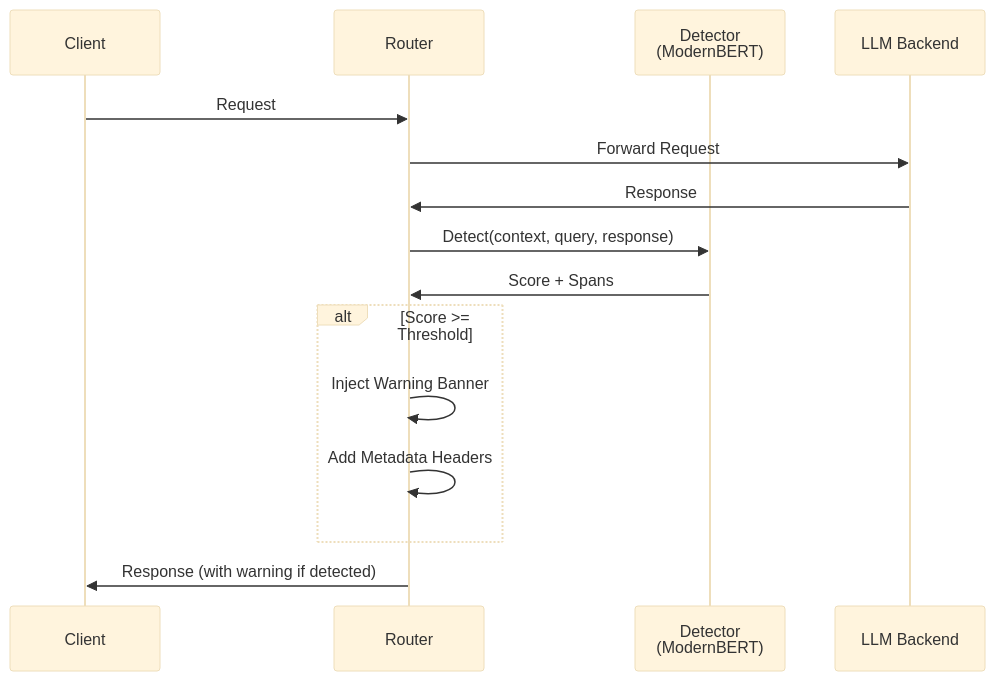
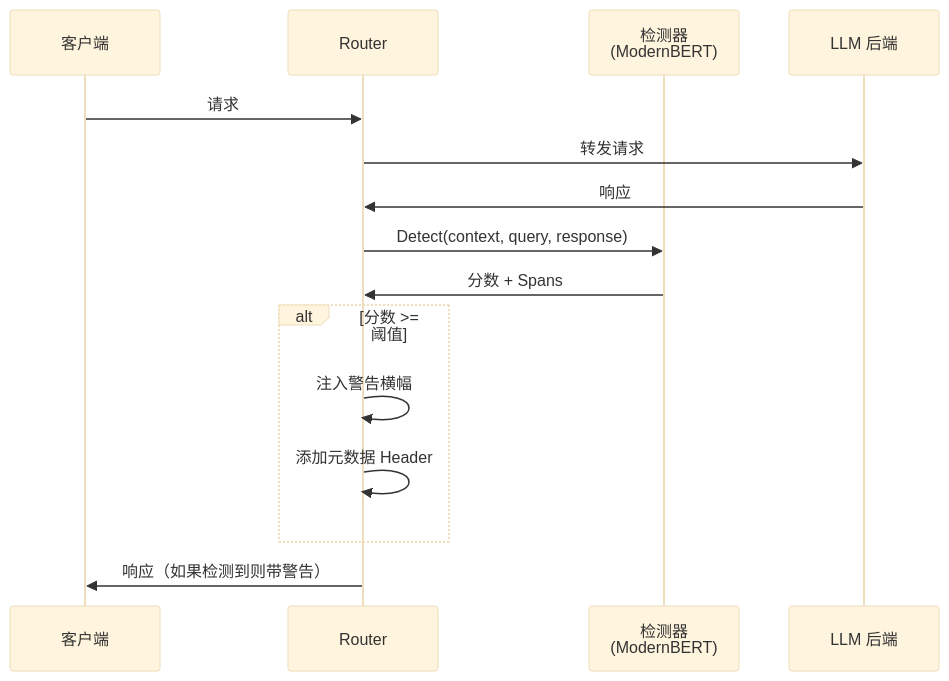
The tenth of 14 diagrams in website/i18n/zh-Hans/docusaurus-plugin-content-docs/current/proposals/hallucination-mitigation-milestone.md (vllm-project/semantic-router), drawn with Mermaid (base theme) before and after one commit. The commit also changed other lines of this file and 7 other files, not shown here.

````diff
--- a/website/i18n/zh-Hans/docusaurus-plugin-content-docs/current/proposals/hallucination-mitigation-milestone.md
+++ b/website/i18n/zh-Hans/docusaurus-plugin-content-docs/current/proposals/hallucination-mitigation-milestone.md
@@ -805,20 +813,20 @@
 ```mermaid
 sequenceDiagram
-    participant C as Client
+    participant C as 客户端
     participant R as Router
-    participant D as Detector<br/>(ModernBERT)
-    participant L as LLM Backend
+    participant D as 检测器<br/>(ModernBERT)
+    participant L as LLM 后端
 
-    C->>R: Request
-    R->>L: Forward Request
-    L->>R: Response
+    C->>R: 请求
+    R->>L: 转发请求
+    L->>R: 响应
     R->>D: Detect(context, query, response)
-    D->>R: Score + Spans
+    D->>R: 分数 + Spans
 
-    alt Score >= Threshold
-        R->>R: Inject Warning Banner
-        R->>R: Add Metadata Headers
+    alt 分数 >= 阈值
+        R->>R: 注入警告横幅
+        R->>R: 添加元数据 Header
     end
 
-    R->>C: Response (with warning if detected)
+    R->>C: 响应（如果检测到则带警告）
 ```
````
